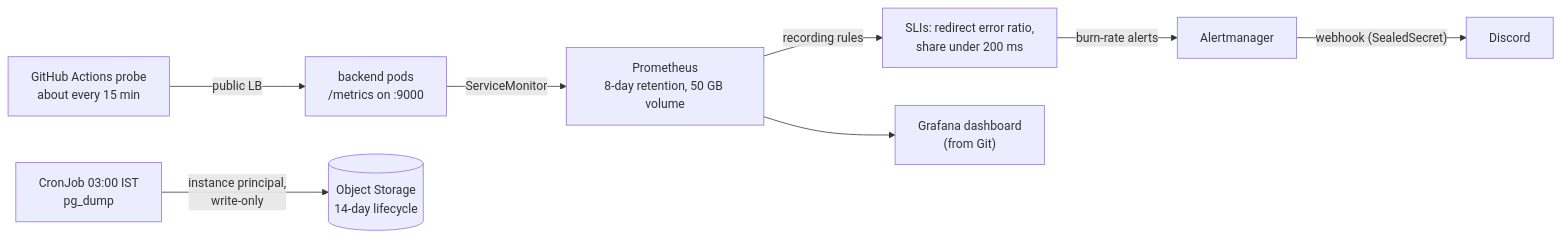
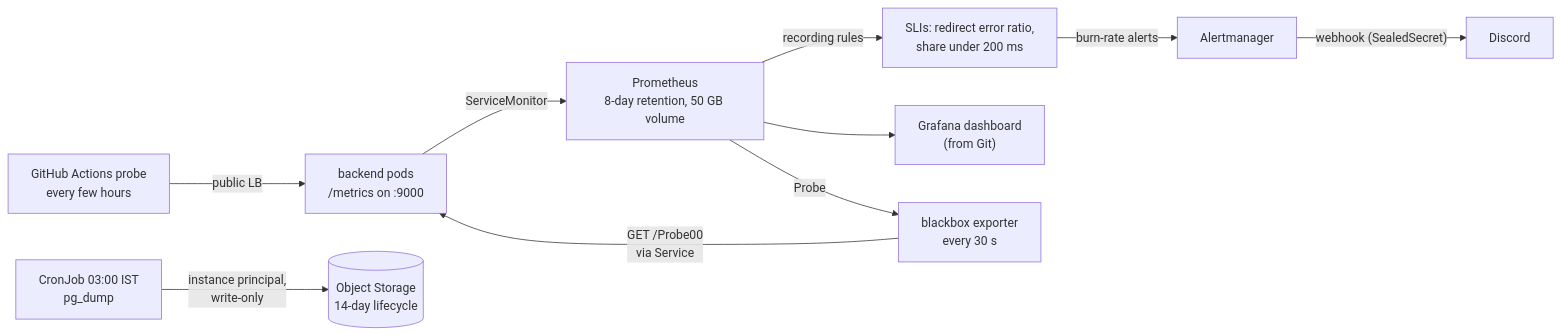
The fourth of 6 diagrams in docs/architecture.md (Sandeep-RN/oci-k8s-gitops-demo), drawn with Mermaid before and after one commit. The commit also changed other lines of this file and 5 other files, not shown here.

````diff
--- a/docs/architecture.md
+++ b/docs/architecture.md
@@ -187,10 +187,12 @@
 ```mermaid
 flowchart LR
     app["backend pods<br/>/metrics on :9000"] -->|"ServiceMonitor"| prom["Prometheus<br/>8-day retention, 50 GB volume"]
     prom -->|"recording rules"| sli["SLIs: redirect error ratio,<br/>share under 200 ms"]
     sli -->|"burn-rate alerts"| am["Alertmanager"]
     am -->|"webhook (SealedSecret)"| discord["Discord"]
     prom --> grafana["Grafana dashboard<br/>(from Git)"]
-    probe["GitHub Actions probe<br/>about every 15 min"] -->|"public LB"| app
+    bbx["blackbox exporter<br/>every 30 s"] -->|"GET /Probe00<br/>via Service"| app
+    prom -->|"Probe"| bbx
+    probe["GitHub Actions probe<br/>every few hours"] -->|"public LB"| app
     cron["CronJob 03:00 IST<br/>pg_dump"] -->|"instance principal,<br/>write-only"| bucket[("Object Storage<br/>14-day lifecycle")]
 ```
````
